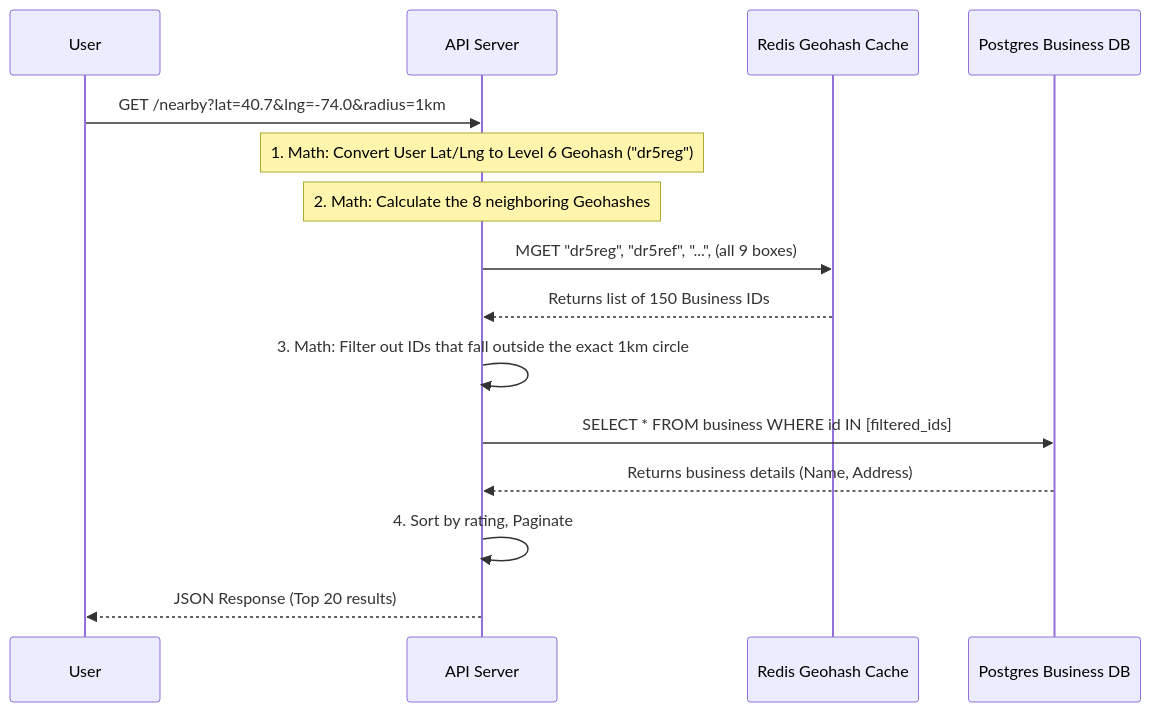
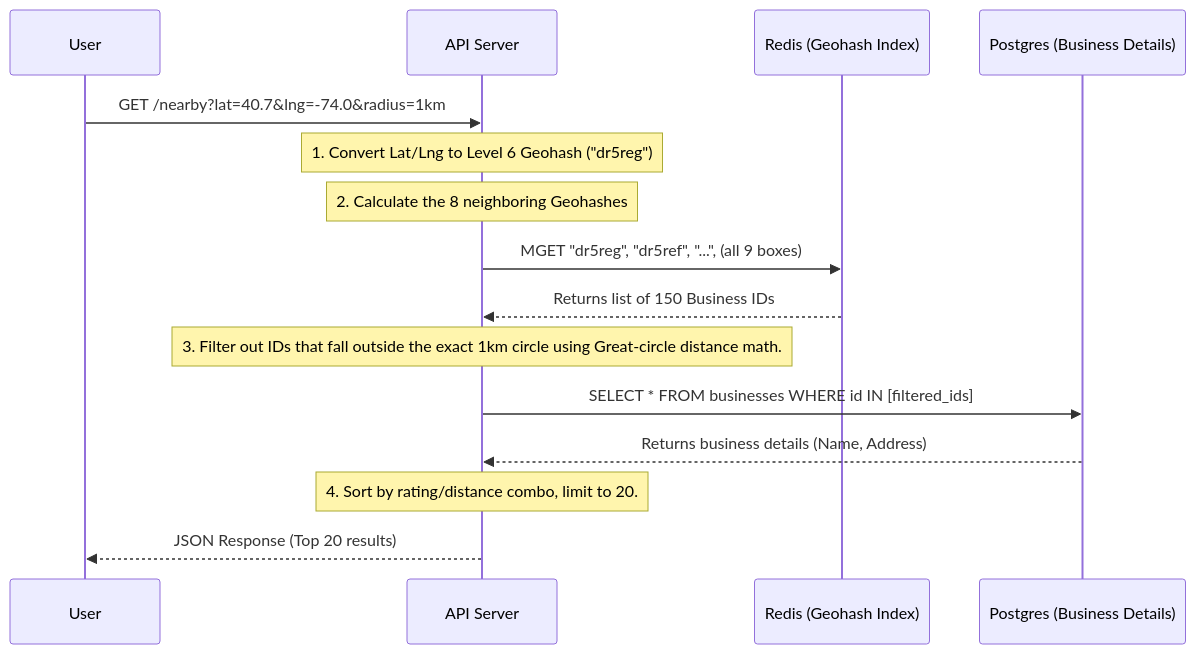
Before and after one commit to Gbirla06/systemDesign: the diagram in HLD_Vol2/chapter_1/design_a_proximity_service.md, drawn with Mermaid. The commit also changed other lines of this file and 7 other files, not shown here.

````diff
--- a/HLD_Vol2/chapter_1/design_a_proximity_service.md
+++ b/HLD_Vol2/chapter_1/design_a_proximity_service.md
@@ -213,24 +222,24 @@
 ```mermaid
 sequenceDiagram
     participant User
     participant AppSvr as API Server
-    participant Cache as Redis Geohash Cache
-    participant DB as Postgres Business DB
+    participant Cache as Redis (Geohash Index)
+    participant DB as Postgres (Business Details)
 
     User->>AppSvr: GET /nearby?lat=40.7&lng=-74.0&radius=1km
     
-    Note over AppSvr: 1. Math: Convert User Lat/Lng to Level 6 Geohash ("dr5reg")
-    Note over AppSvr: 2. Math: Calculate the 8 neighboring Geohashes
+    Note over AppSvr: 1. Convert Lat/Lng to Level 6 Geohash ("dr5reg")
+    Note over AppSvr: 2. Calculate the 8 neighboring Geohashes
     
     AppSvr->>Cache: MGET "dr5reg", "dr5ref", "...", (all 9 boxes)
     Cache-->>AppSvr: Returns list of 150 Business IDs
     
-    AppSvr->>AppSvr: 3. Math: Filter out IDs that fall outside the exact 1km circle
+    Note over AppSvr: 3. Filter out IDs that fall outside the exact 1km circle using Great-circle distance math.
     
-    AppSvr->>DB: SELECT * FROM business WHERE id IN [filtered_ids]
+    AppSvr->>DB: SELECT * FROM businesses WHERE id IN [filtered_ids]
     DB-->>AppSvr: Returns business details (Name, Address)
     
-    AppSvr->>AppSvr: 4. Sort by rating, Paginate
+    Note over AppSvr: 4. Sort by rating/distance combo, limit to 20.
     
     AppSvr-->>User: JSON Response (Top 20 results)
 ```
````
